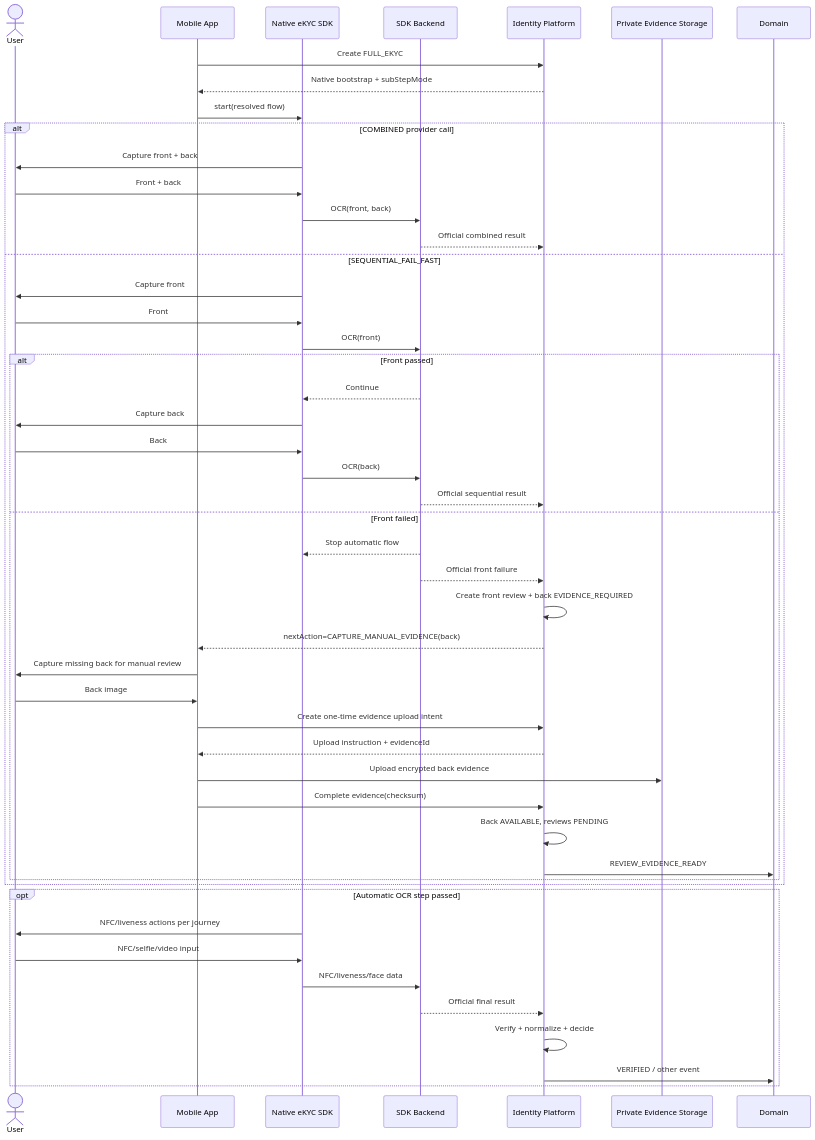
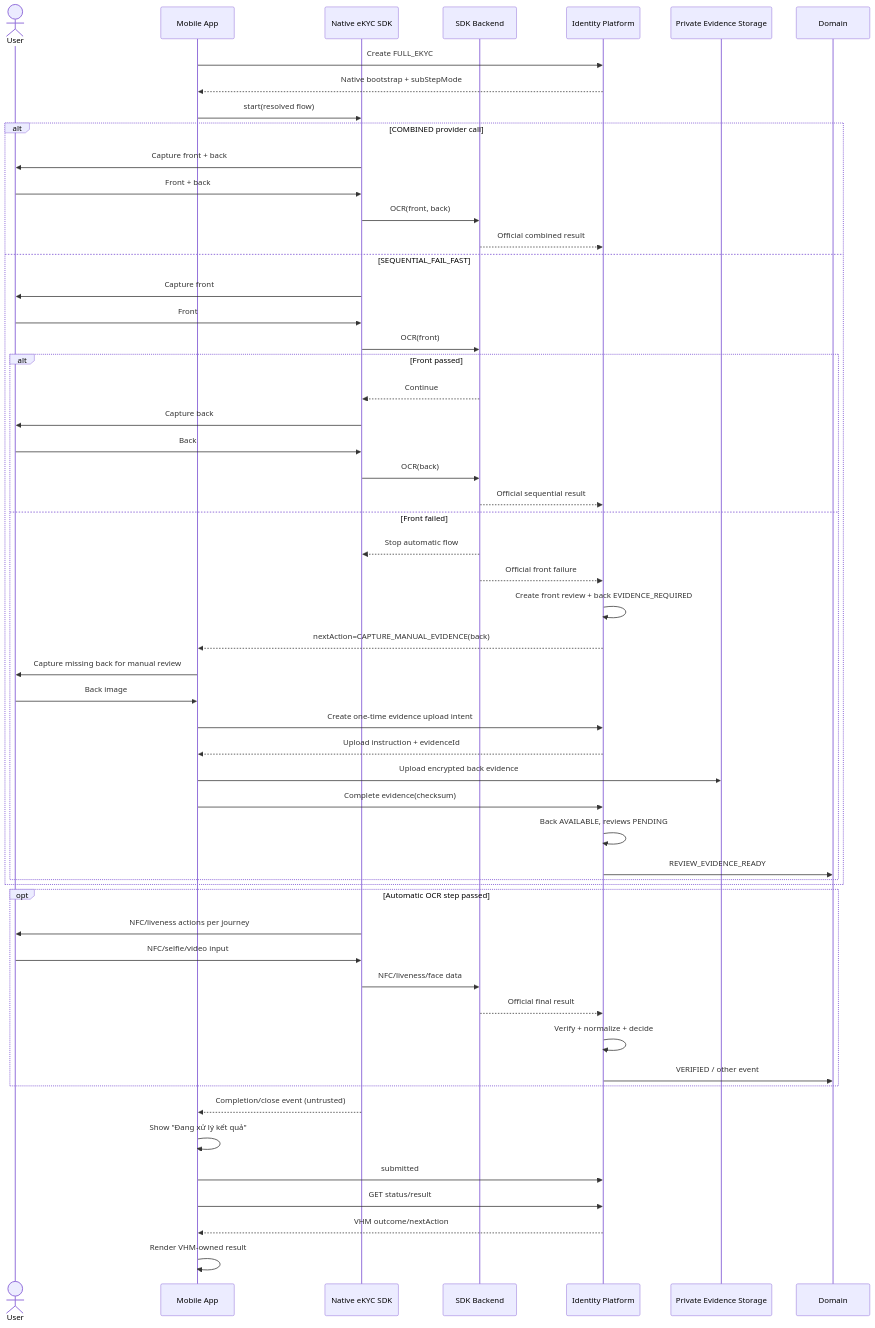
Diagram 23 of 37 in README.md (huynv-xyz/vhm), drawn with Mermaid before and after one commit. The commit also changed other lines of this file, not shown here.

````diff
--- a/README.md
+++ b/README.md
@@ -2136,51 +2149,57 @@
 ```mermaid
 sequenceDiagram
     actor User
     participant APP as Mobile App
     participant SDK as Native eKYC SDK
     participant PROVIDER as SDK Backend
     participant IV as Identity Platform
     participant STORE as Private Evidence Storage
     participant DOMAIN as Domain
     APP->>IV: Create FULL_EKYC
     IV-->>APP: Native bootstrap + subStepMode
     APP->>SDK: start(resolved flow)
     alt COMBINED provider call
         SDK->>User: Capture front + back
         User->>SDK: Front + back
         SDK->>PROVIDER: OCR(front, back)
         PROVIDER-->>IV: Official combined result
     else SEQUENTIAL_FAIL_FAST
         SDK->>User: Capture front
         User->>SDK: Front
         SDK->>PROVIDER: OCR(front)
         alt Front passed
             PROVIDER-->>SDK: Continue
             SDK->>User: Capture back
             User->>SDK: Back
             SDK->>PROVIDER: OCR(back)
             PROVIDER-->>IV: Official sequential result
         else Front failed
             PROVIDER-->>SDK: Stop automatic flow
             PROVIDER-->>IV: Official front failure
             IV->>IV: Create front review + back EVIDENCE_REQUIRED
             IV-->>APP: nextAction=CAPTURE_MANUAL_EVIDENCE(back)
             APP->>User: Capture missing back for manual review
             User->>APP: Back image
             APP->>IV: Create one-time evidence upload intent
             IV-->>APP: Upload instruction + evidenceId
             APP->>STORE: Upload encrypted back evidence
             APP->>IV: Complete evidence(checksum)
             IV->>IV: Back AVAILABLE, reviews PENDING
             IV->>DOMAIN: REVIEW_EVIDENCE_READY
         end
     end
     opt Automatic OCR step passed
         SDK->>User: NFC/liveness actions per journey
         User->>SDK: NFC/selfie/video input
         SDK->>PROVIDER: NFC/liveness/face data
         PROVIDER-->>IV: Official final result
         IV->>IV: Verify + normalize + decide
         IV->>DOMAIN: VERIFIED / other event
     end
+    SDK-->>APP: Completion/close event (untrusted)
+    APP->>APP: Show "Đang xử lý kết quả"
+    APP->>IV: submitted
+    APP->>IV: GET status/result
+    IV-->>APP: VHM outcome/nextAction
+    APP->>APP: Render VHM-owned result
 ```
````
